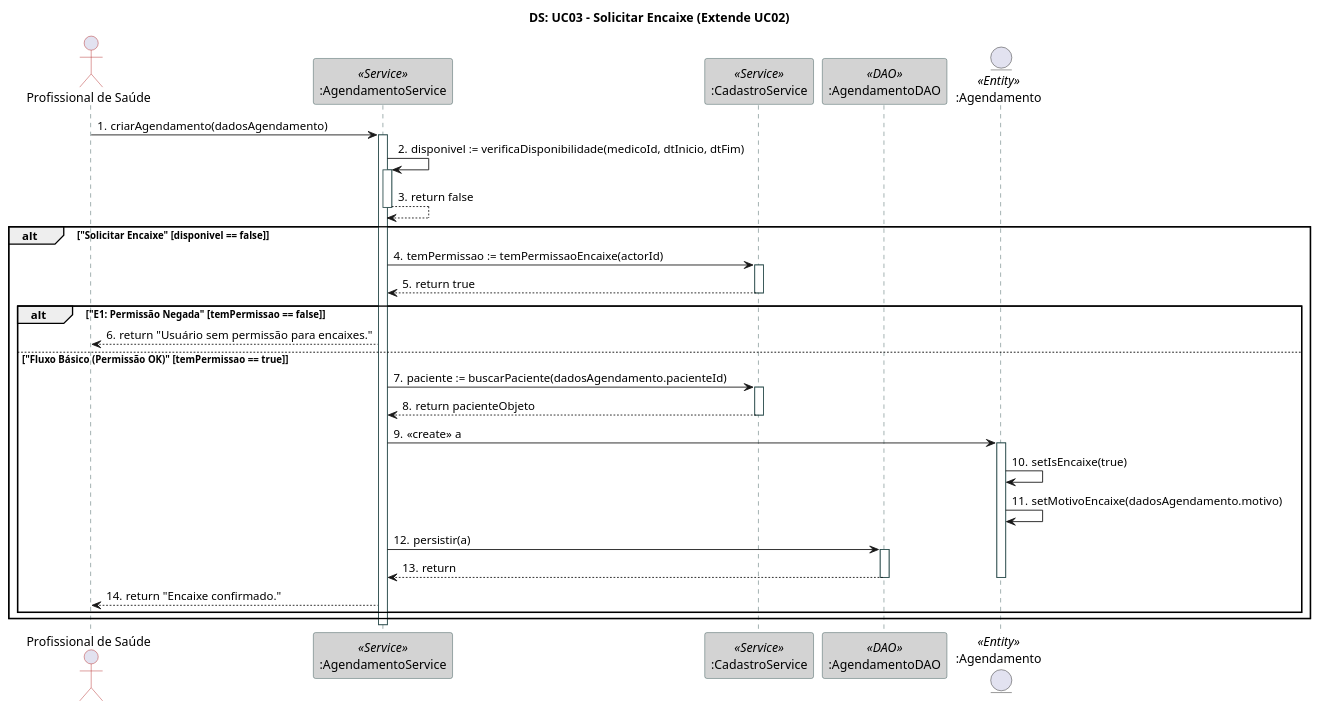
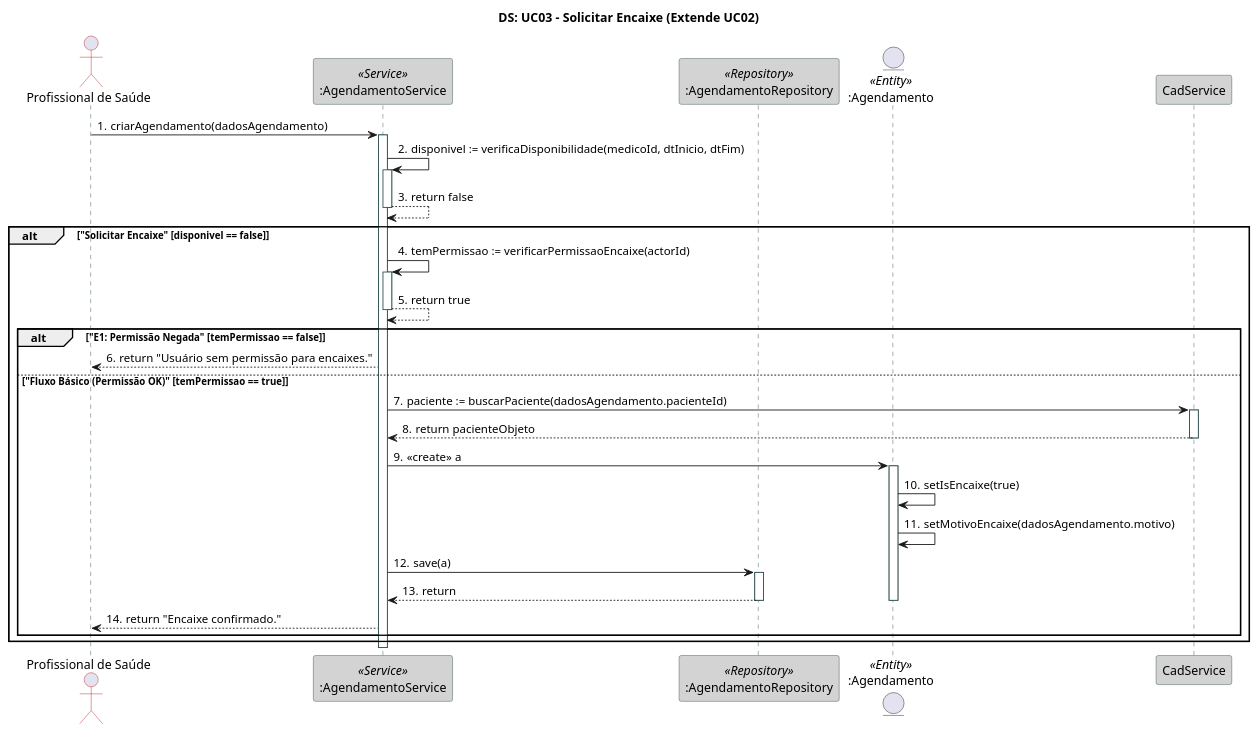
The third of 10 diagrams in docs/documentos-finais-definitivos/3.7_3.9_3.10_Modelagens/3.9. Modelagem de Interações/3.9. Modelagem de Interações.md (ps-es-2025-2/grupo4), drawn with PlantUML before and after one commit. The commit also changed other lines of this file and 29 other files, not shown here.

````diff
--- a/docs/documentos-finais-definitivos/3.7_3.9_3.10_Modelagens/3.9. Modelagem de Interações/3.9. Modelagem de Interações.md
+++ b/docs/documentos-finais-definitivos/3.7_3.9_3.10_Modelagens/3.9. Modelagem de Interações/3.9. Modelagem de Interações.md
@@ -202,80 +259,81 @@
 ```plantuml
 @startuml
 
 ' Diagrama de Sequência para UC03: Solicitar Encaixe
 ' Baseado no Fluxo Básico e Exceção E1. Este UC extende UC02.
 
 skinparam participant {
   BorderColor DarkSlateGray
   BackgroundColor LightGray
   ArrowColor Firebrick
 }
 
 skinparam sequence {
   LifeLineBorderColor DarkSlateGray
   ActorBorderColor Firebrick
 }
 
 title "DS: UC03 - Solicitar Encaixe (Extende UC02)"
 
 actor "Profissional de Saúde" as Actor
 
 ' Participantes baseados no Diagrama de Classes
+' NOTA: CadastroService removido - módulos são desacoplados via Redis Pub/Sub
 participant ":AgendamentoService" as AgService <<Service>>
-participant ":CadastroService" as CadService <<Service>>
-participant ":AgendamentoDAO" as AgDAO <<DAO>>
+participant ":AgendamentoRepository" as AgRepository <<Repository>>
 entity ":Agendamento" as Agendamento <<Entity>>
 
 autonumber "0."
 
 ' Passo 1: O Ator tenta realizar o UC02 (Agendar Consulta)
 Actor -> AgService: criarAgendamento(dadosAgendamento)
 activate AgService
 
 ' Passo 1 (cont.): ...mas a verificação de disponibilidade falha.
 AgService -> AgService: disponivel := verificaDisponibilidade(medicoId, dtInicio, dtFim)
 activate AgService
 AgService --> AgService: return false
 deactivate AgService
 
 ' Passo 2 e 3: O Sistema pergunta "Deseja solicitar um encaixe?" e o Ator confirma.
 ' Bloco 'alt' para o fluxo de encaixe
 alt "Solicitar Encaixe" [disponivel == false]
   ' Passo 4: O Sistema verifica a permissão do Ator
-  ' O UC menciona "temPermissaoEncaixe()"
-  AgService -> CadService: temPermissao := temPermissaoEncaixe(actorId)
-  activate CadService
-  CadService --> AgService: return true
-  deactivate CadService
+  ' NOTA: Validação de permissão é feita internamente ou na camada controller
+  ' NÃO há chamada direta entre AgendamentoService e CadastroService
+  AgService -> AgService: temPermissao := verificarPermissaoEncaixe(actorId)
+  activate AgService
+  AgService --> AgService: return true
+  deactivate AgService
   
   ' Bloco 'alt' para tratar Exceção E1 (Permissão Negada)
   alt "E1: Permissão Negada" [temPermissao == false]
     AgService --> Actor: return "Usuário sem permissão para encaixes."
   else "Fluxo Básico (Permissão OK)" [temPermissao == true]
     ' Re-valida o paciente (como no UC02)
     AgService -> CadService: paciente := buscarPaciente(dadosAgendamento.pacienteId)
     activate CadService
     CadService --> AgService: return pacienteObjeto
     deactivate CadService
     
     ' Passo 5: O Sistema salva o Agendamento com o flag isEncaixe = true
     AgService -> Agendamento: <<create>> a
     activate Agendamento
     Agendamento -> Agendamento: setIsEncaixe(true)
     Agendamento -> Agendamento: setMotivoEncaixe(dadosAgendamento.motivo)
     
-    AgService -> AgDAO: persistir(a)
-    activate AgDAO
-    AgDAO --> AgService: return
-    deactivate AgDAO
+    AgService -> AgRepository: save(a)
+    activate AgRepository
+    AgRepository --> AgService: return
+    deactivate AgRepository
     deactivate Agendamento
     
     ' Passo 6: O caso de uso é encerrado
     AgService --> Actor: return "Encaixe confirmado."
   end
 end
 
 deactivate AgService
 
 @enduml
 ```
````
